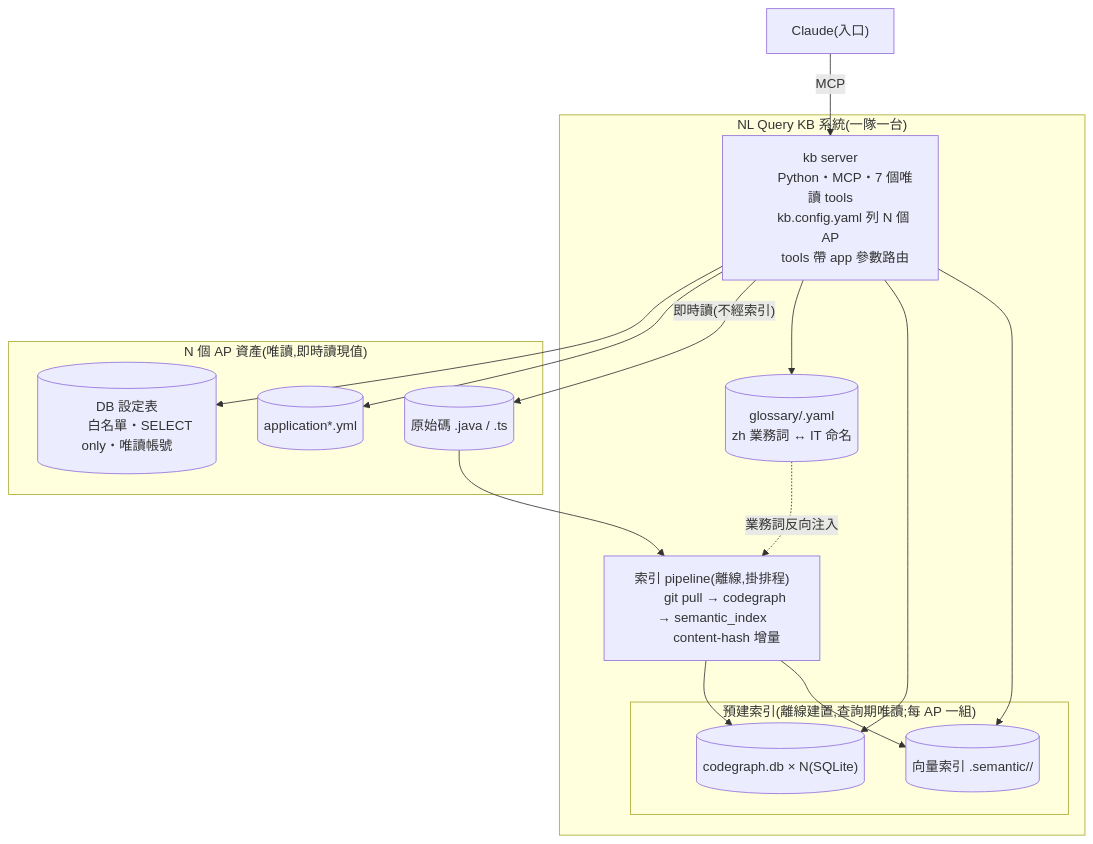
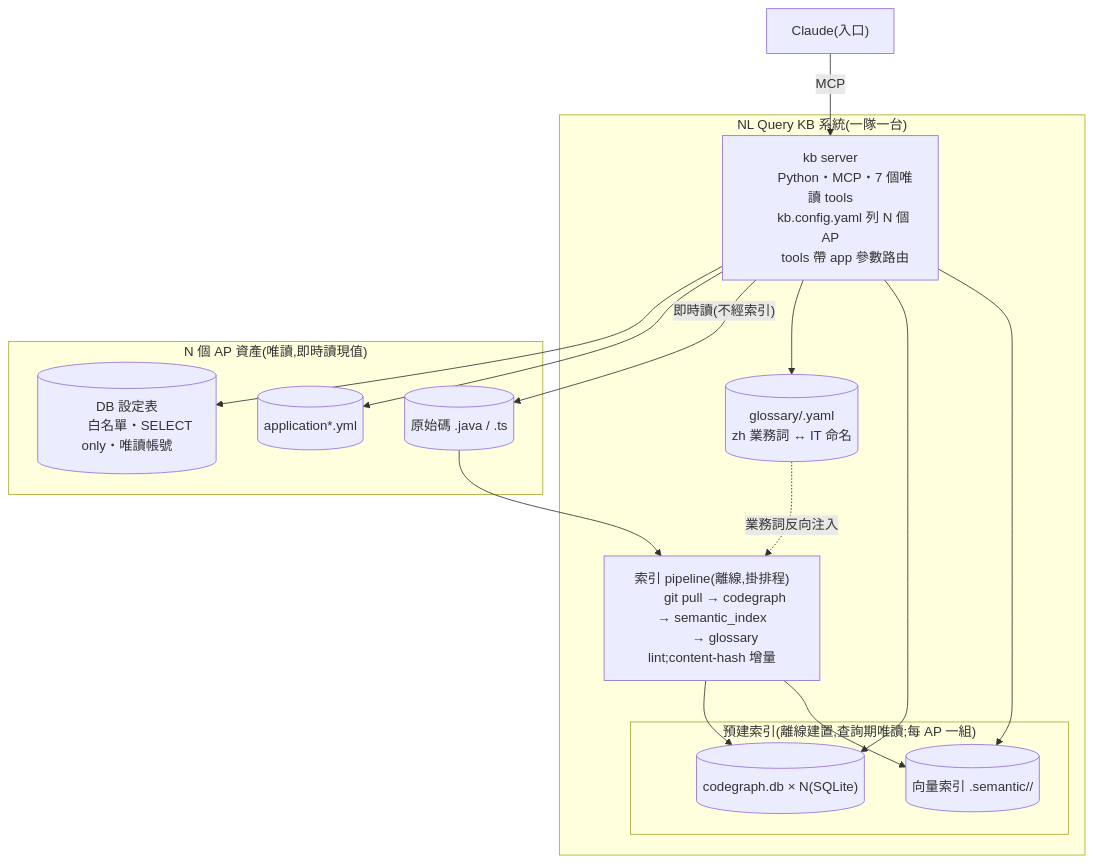
One commit to pomelo830523/Rosetta changed the second of 3 diagrams in docs/SPEC.md. Above: the diagram before and after it, drawn with Mermaid. The commit also changed other lines of this file and 10 other files, not shown here.

````diff
--- a/docs/SPEC.md
+++ b/docs/SPEC.md
@@ -60,39 +61,39 @@
 ```mermaid
 flowchart TB
     claude["Claude(入口)"]
 
     subgraph kbsys["NL Query KB 系統(一隊一台)"]
         server["kb server
         Python・MCP・7 個唯讀 tools
         kb.config.yaml 列 N 個 AP
         tools 帶 app 參數路由"]
         subgraph stores["預建索引(離線建置,查詢期唯讀;每 AP 一組)"]
             vec[("向量索引 .semantic/<app>/")]
             cg[("codegraph.db × N(SQLite)")]
         end
         gloss[("glossary/<app>.yaml
         zh 業務詞 ↔ IT 命名")]
         pipe["索引 pipeline(離線,掛排程)
         git pull → codegraph → semantic_index
-        content-hash 增量"]
+        → glossary lint;content-hash 增量"]
     end
 
     subgraph apside["N 個 AP 資產(唯讀,即時讀現值)"]
         code[("原始碼 .java / .ts")]
         yml[("application*.yml")]
         db[("DB 設定表
         白名單・SELECT only・唯讀帳號")]
     end
 
     claude -->|"MCP"| server
     server --> vec
     server --> cg
     server --> gloss
     server -->|"即時讀(不經索引)"| code
     server --> yml
     server --> db
     code --> pipe
     pipe --> vec
     pipe --> cg
     gloss -.->|"業務詞反向注入"| pipe
 ```
````
